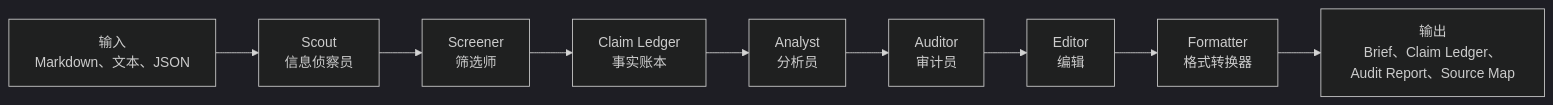
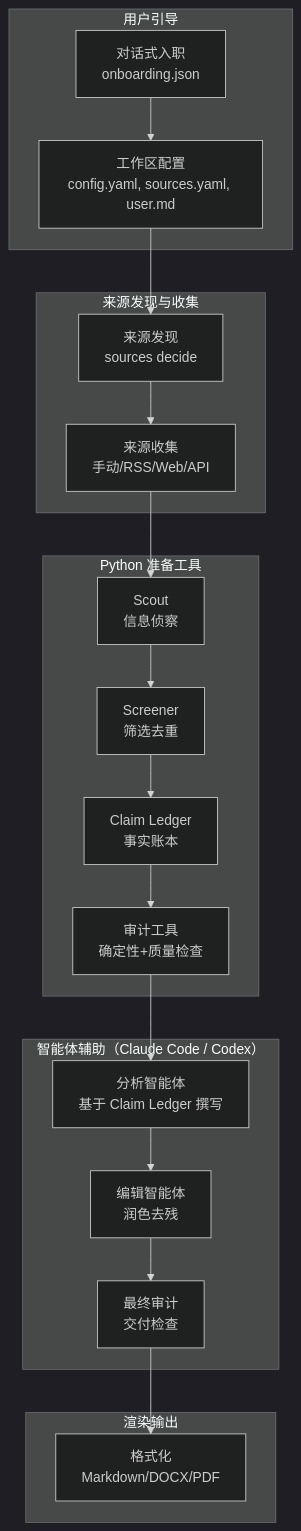
One commit to Stahl-G/briefloop changed the diagram in README.md. Above: the diagram before and after it, drawn with Mermaid (dark theme). The commit also changed other lines of this file and 35 other files, not shown here.

````diff
--- a/README.md
+++ b/README.md
@@ -76,11 +73,28 @@
 ```mermaid
-flowchart LR
-  A["输入<br/>Markdown、文本、JSON"] --> B["Scout<br/>信息侦察员"]
-  B --> C["Screener<br/>筛选师"]
-  C --> D["Claim Ledger<br/>事实账本"]
-  D --> E["Analyst<br/>分析员"]
-  E --> F["Auditor<br/>审计员"]
-  F --> G["Editor<br/>编辑"]
-  G --> H["Formatter<br/>格式转换器"]
-  H --> I["输出<br/>Brief、Claim Ledger、Audit Report、Source Map"]
+flowchart TB
+  subgraph "用户引导"
+    A["对话式入职<br/>onboarding.json"] --> B["工作区配置<br/>config.yaml, sources.yaml, user.md"]
+  end
+
+  subgraph "来源发现与收集"
+    B --> C["来源发现<br/>sources decide"]
+    C --> D["来源收集<br/>手动/RSS/Web/API"]
+  end
+
+  subgraph "Python 准备工具"
+    D --> E["Scout<br/>信息侦察"]
+    E --> F["Screener<br/>筛选去重"]
+    F --> G["Claim Ledger<br/>事实账本"]
+    G --> H["审计工具<br/>确定性+质量检查"]
+  end
+
+  subgraph "智能体辅助（Claude Code / Codex）"
+    H --> I["分析智能体<br/>基于 Claim Ledger 撰写"]
+    I --> J["编辑智能体<br/>润色去残"]
+    J --> K["最终审计<br/>交付检查"]
+  end
+
+  subgraph "渲染输出"
+    K --> L["格式化<br/>Markdown/DOCX/PDF"]
+  end
 ```
````
